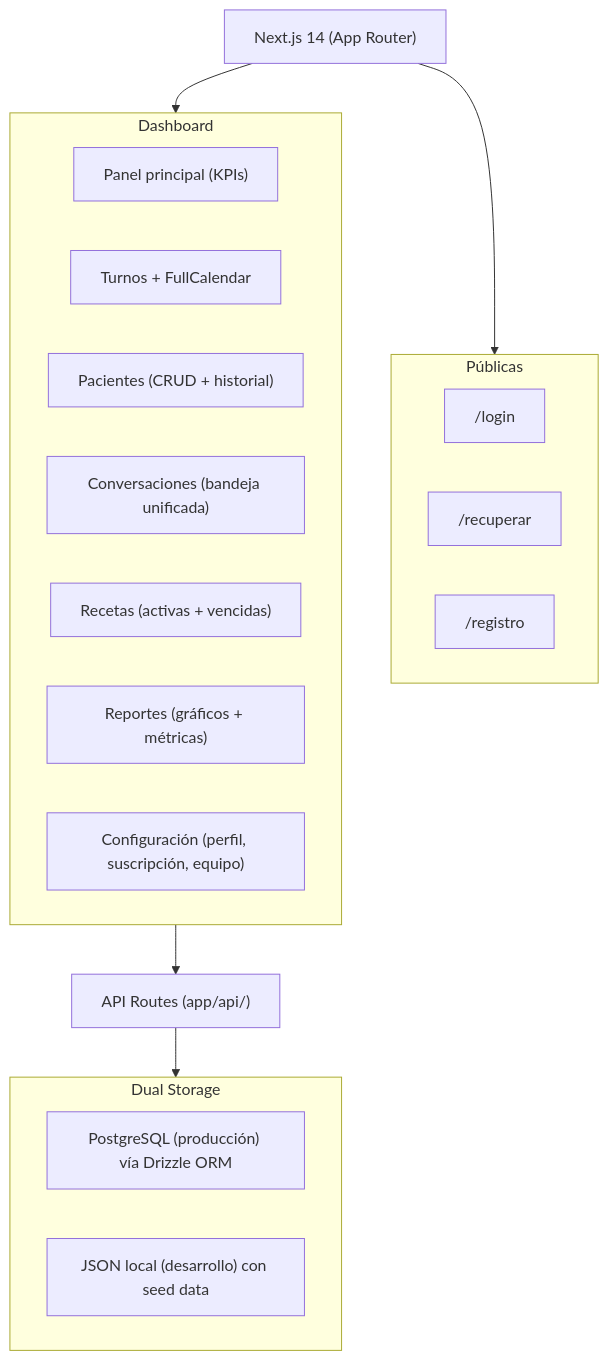
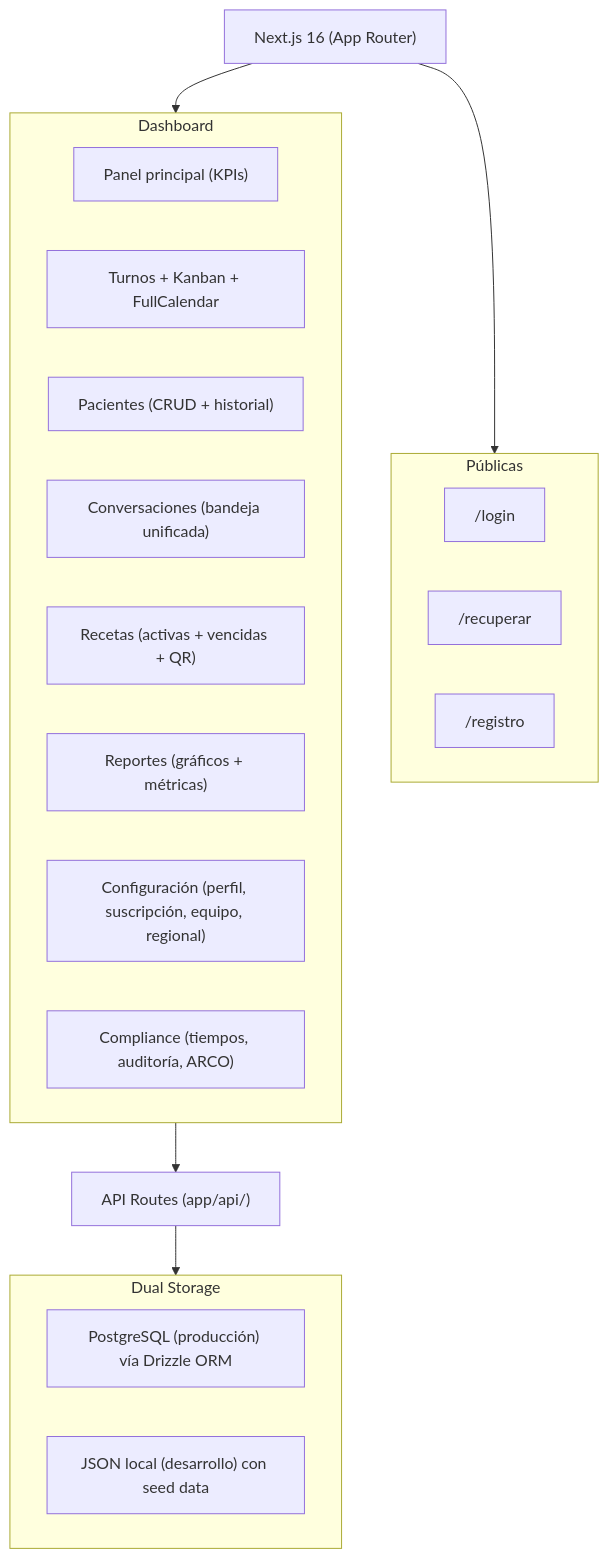
Before and after one commit to LeonardoPS1/consultorio-medico: the fifth of 8 diagrams in docs-site/aicoremed-docs/docs/existente/arquitectura.md, drawn with Mermaid. The commit also changed other lines of this file and 12 other files, not shown here.

````diff
--- a/docs-site/aicoremed-docs/docs/existente/arquitectura.md
+++ b/docs-site/aicoremed-docs/docs/existente/arquitectura.md
@@ -138,29 +148,30 @@
 ```mermaid
 graph TD
-    NEXT["Next.js 14 (App Router)"] --> PUBLIC["Páginas públicas"]
+    NEXT["Next.js 16 (App Router)"] --> PUBLIC["Páginas públicas"]
     NEXT --> PRIV["Páginas protegidas dashboard/"]
 
     subgraph PUBLIC [Públicas]
         LOGIN["/login"]
         RECUP["/recuperar"]
         REG["/registro"]
     end
 
     subgraph PRIV [Dashboard]
         KPIS["Panel principal (KPIs)"]
-        TURNOS["Turnos + FullCalendar"]
+        TURNOS["Turnos + Kanban + FullCalendar"]
         PACI["Pacientes (CRUD + historial)"]
         CONV["Conversaciones (bandeja unificada)"]
-        RECE["Recetas (activas + vencidas)"]
+        RECE["Recetas (activas + vencidas + QR)"]
         REPORT["Reportes (gráficos + métricas)"]
-        CONFIG["Configuración (perfil, suscripción, equipo)"]
+        CONFIG["Configuración (perfil, suscripción, equipo, regional)"]
+        COMPLI["Compliance (tiempos, auditoría, ARCO)"]
     end
 
     PRIV --> API["API Routes (app/api/)"]
     API --> DB["Data Store (capa dual)"]
 
     subgraph DB [Dual Storage]
         PG["PostgreSQL (producción) vía Drizzle ORM"]
         JSON["JSON local (desarrollo) con seed data"]
     end
 ```
````
